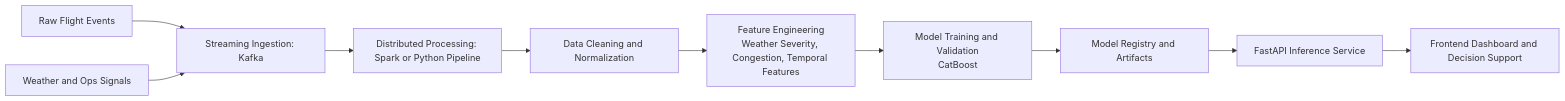
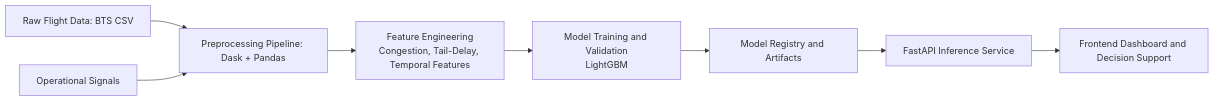
The first of 3 diagrams in report.md (Murad04/Project-Big-Data), drawn with Mermaid before and after one commit. The commit also changed other lines of this file and 7 other files, not shown here.

````diff
--- a/report.md
+++ b/report.md
@@ -21,12 +21,10 @@
 ```mermaid
 flowchart LR
-	A[Raw Flight Events] --> B[Streaming Ingestion: Kafka]
-	C[Weather and Ops Signals] --> B
-	B --> D[Distributed Processing: Spark or Python Pipeline]
-	D --> E[Data Cleaning and Normalization]
-	E --> F[Feature Engineering\nWeather Severity, Congestion, Temporal Features]
-	F --> G[Model Training and Validation\nCatBoost]
-	G --> H[Model Registry and Artifacts]
-	H --> I[FastAPI Inference Service]
-	I --> J[Frontend Dashboard and Decision Support]
+	A[Raw Flight Data: BTS CSV] --> B[Preprocessing Pipeline: Dask + Pandas]
+	C[Operational Signals] --> B
+	B --> D[Feature Engineering\nCongestion, Tail-Delay, Temporal Features]
+	D --> E[Model Training and Validation\nLightGBM]
+	E --> F[Model Registry and Artifacts]
+	F --> G[FastAPI Inference Service]
+	G --> H[Frontend Dashboard and Decision Support]
 ```
````
